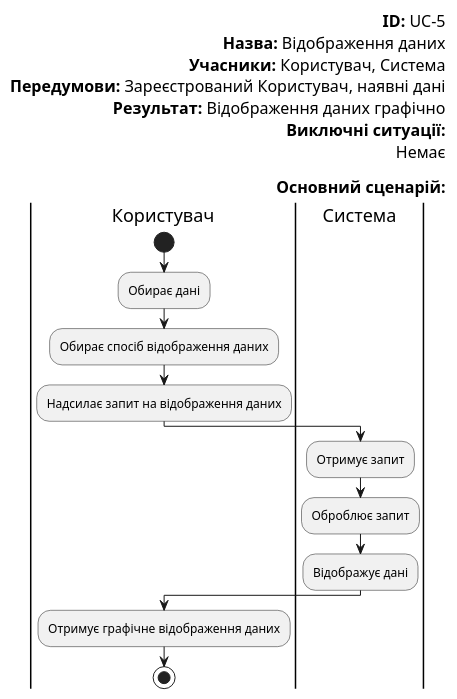
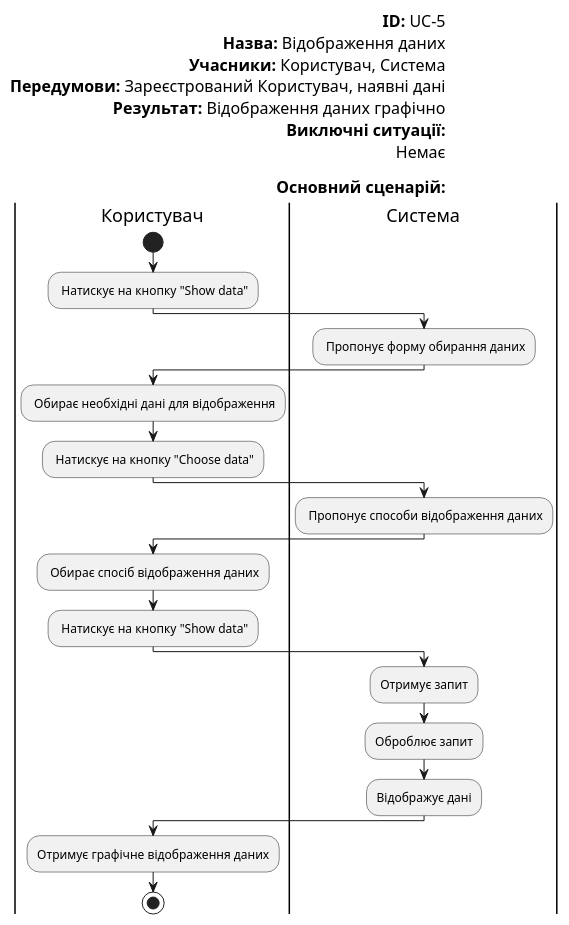
The ninth of 12 diagrams in docs/use cases/README.md (horidor/open-data-management-system), drawn with PlantUML before and after one commit. The commit also changed other lines of this file, not shown here.

```diff
--- a/docs/use cases/README.md
+++ b/docs/use cases/README.md
@@ -274,28 +289,36 @@
 @startuml
 
     left header
         <font color=000 size=16><b>ID:</b> UC-5
         <font color=000 size=16><b>Назва:</b> Відображення даних
         <font color=000 size=16><b>Учасники:</b> Користувач, Система
         <font color=000 size=16><b>Передумови:</b> Зареєстрований Користувач, наявні дані
         <font color=000 size=16><b>Результат:</b> Відображення даних графічно
         <font color=000 size=16><b>Виключні ситуації:</b>
         <font color=000 size=16> Немає
         
         <font color=000 size=16><b>Основний сценарій:</b>
     end header
 
     |Користувач|
         start
-        :Обирає дані;
-        :Обирає спосіб відображення даних;
-        :Надсилає запит на відображення даних;
+        : Натискує на кнопку "Show data";
+    |Система|
+        : Пропонує форму обирання даних;
+    |Користувач|
+        : Обирає необхідні дані для відображення;
+        : Натискує на кнопку "Choose data";
+    |Система|
+        : Пропонує способи відображення даних;
+    |Користувач|
+        : Обирає спосіб відображення даних;
+        : Натискує на кнопку "Show data";
     |Система|
         :Отримує запит;
         :Оброблює запит;
         :Відображує дані;
     |Користувач|
         :Отримує графічне відображення даних;
         stop
         
 @enduml
```
